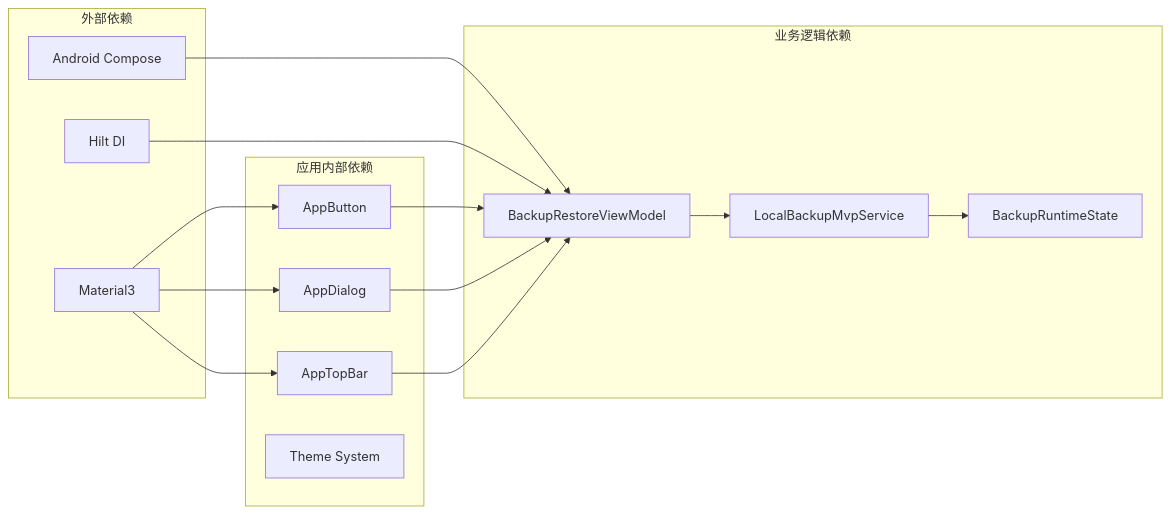
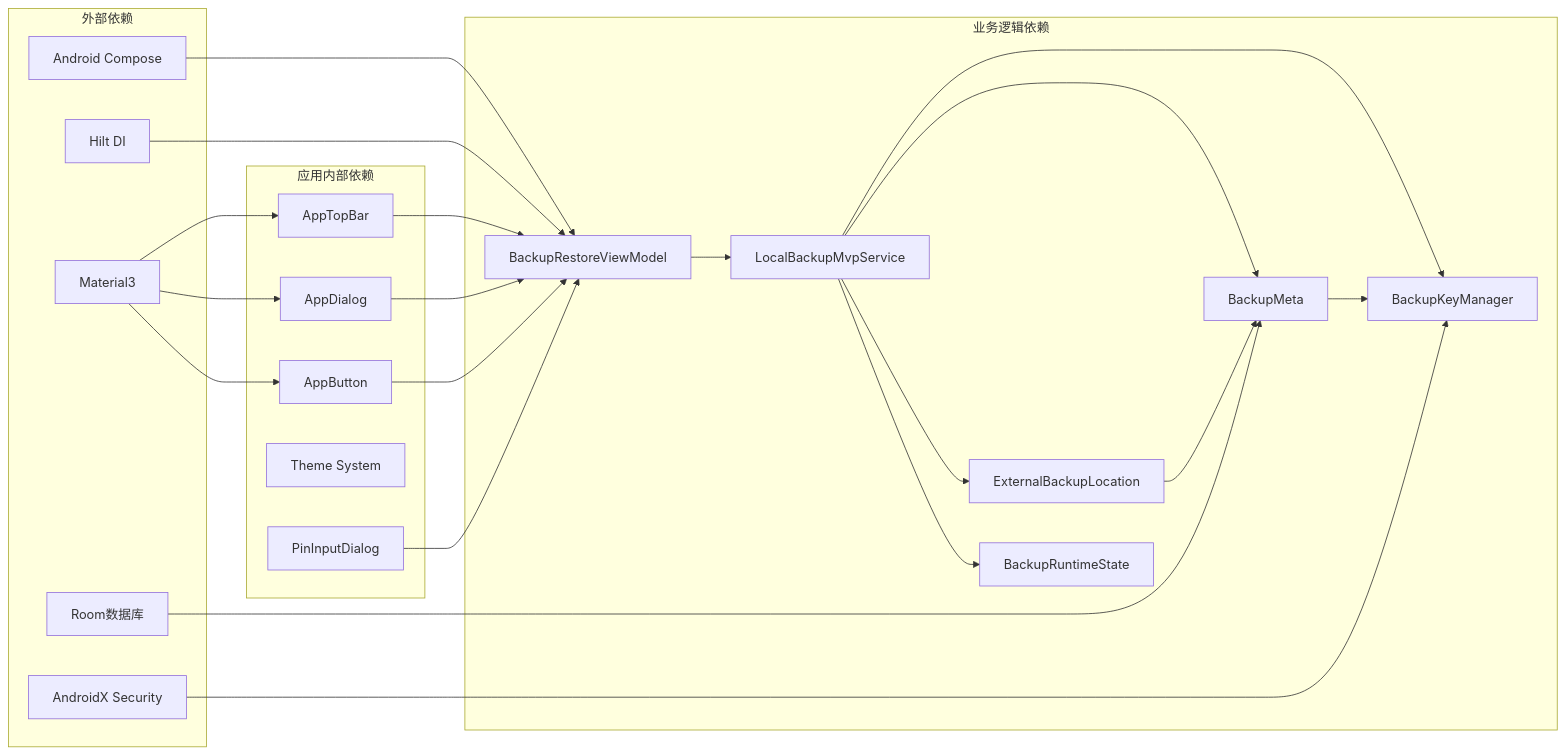
One commit to wanhongbo/ai-photo-vault changed the seventh of 7 diagrams in .qoder/repowiki/zh/content/UI组件系统/恢复进度界面.md. Above: the diagram before and after it, drawn with Mermaid. The commit also changed other lines of this file and 22 other files, not shown here.

````diff
--- a/.qoder/repowiki/zh/content/UI组件系统/恢复进度界面.md
+++ b/.qoder/repowiki/zh/content/UI组件系统/恢复进度界面.md
@@ -219,29 +328,43 @@
 ```mermaid
 graph LR
 subgraph "外部依赖"
 A[Android Compose]
 B[Hilt DI]
 C[Material3]
+D[Room数据库]
+E[AndroidX Security]
 end
 subgraph "应用内部依赖"
-D[AppButton]
-E[AppDialog]
-F[AppTopBar]
-G[Theme System]
+F[AppButton]
+G[AppDialog]
+H[AppTopBar]
+I[Theme System]
+J[PinInputDialog]
 end
 subgraph "业务逻辑依赖"
-H[BackupRestoreViewModel]
-I[LocalBackupMvpService]
-J[BackupRuntimeState]
+K[BackupRestoreViewModel]
+L[LocalBackupMvpService]
+M[BackupRuntimeState]
+N[ExternalBackupLocation]
+O[BackupMeta]
+P[BackupKeyManager]
 end
-A --> H
-B --> H
-C --> D
-C --> E
+A --> K
+B --> K
 C --> F
-D --> H
-E --> H
-F --> H
-H --> I
-I --> J
+C --> G
+C --> H
+D --> O
+E --> P
+F --> K
+G --> K
+H --> K
+J --> K
+K --> L
+L --> M
+L --> N
+L --> O
+L --> P
+N --> O
+O --> P
 ```
````
